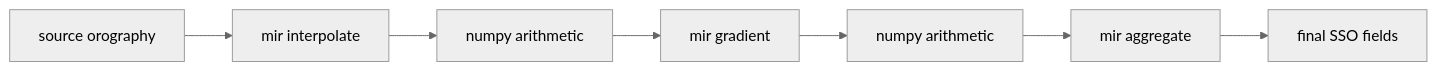
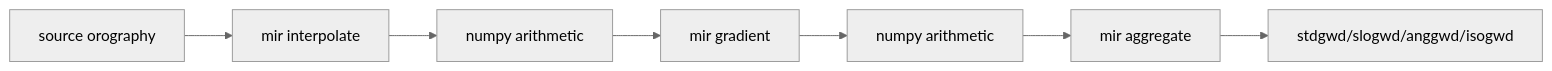
The diagram in docs/climate/src/introduction.md (ecmwf/pproc), drawn with Mermaid (neutral theme) before and after one commit. The commit also changed other lines of this file and 10 other files, not shown here.

````diff
--- a/docs/climate/src/introduction.md
+++ b/docs/climate/src/introduction.md
@@ -22,9 +69,9 @@
 ```mermaid
 flowchart LR
     src[source orography] --> mi1[mir interpolate]
     mi1 --> na1[numpy arithmetic]
     na1 --> mg[mir gradient]
     mg --> na2[numpy arithmetic]
     na2 --> ma[mir aggregate]
-    ma --> out[final SSO fields]
+    ma --> out[stdgwd/slogwd/anggwd/isogwd]
 ```
````
